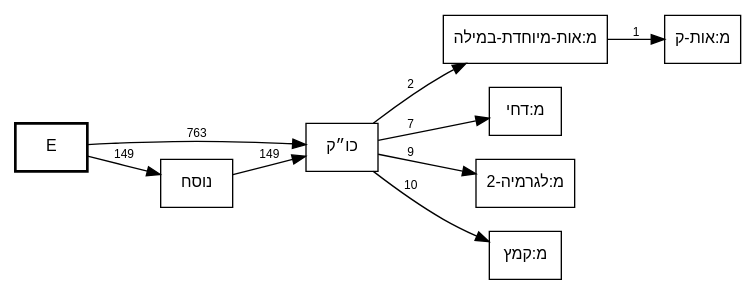
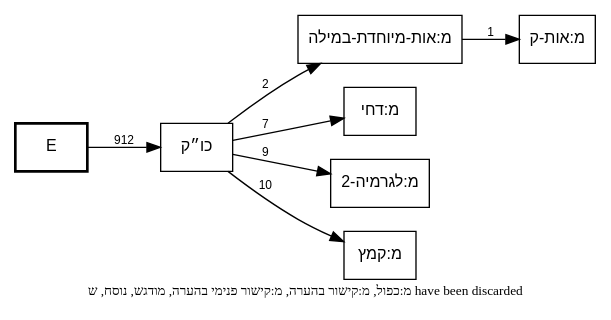
One commit to bdenckla/MAM-basics changed the diagram in out/MAM-tmpl-survey/plus-kuk-call-graph.dot. Above: the diagram before and after it, drawn with Graphviz. The commit also changed 6 other files, not shown here.

First line of the commit message:
Refine focused template survey graphs: target-scoped counts + discard policy

```diff
--- a/out/MAM-tmpl-survey/plus-kuk-call-graph.dot
+++ b/out/MAM-tmpl-survey/plus-kuk-call-graph.dot
@@ -1,25 +1,26 @@
 // This file was generated by MAM-basics/py/main_tmpl_survey.py.
 // Do not edit by hand.
 digraph template_call_graph {
     rankdir=LR;
     node [fontname="SBL Hebrew,Helvetica", fontsize=12];
     edge [fontname="Helvetica", fontsize=9];
     graph [comment="This file was generated by MAM-basics/py/main_tmpl_survey.py."];
 
     // Column nodes
     node [shape=box, style=bold];
     "E";
 
     // Template nodes
     node [shape=box, style=""];
 
+    // Note
+    graph [label="מ:כפול, מ:קישור בהערה, מ:קישור פנימי בהערה, מודגש, נוסח, ש have been discarded", labelloc=b, fontsize=10];
+
     // Edges
-    "E" -> "כו״ק" [label="763"];
-    "E" -> "נוסח" [label="149"];
+    "E" -> "כו״ק" [label="912"];
     "כו״ק" -> "מ:אות-מיוחדת-במילה" [label="2"];
     "כו״ק" -> "מ:דחי" [label="7"];
     "כו״ק" -> "מ:לגרמיה-2" [label="9"];
     "כו״ק" -> "מ:קמץ" [label="10"];
     "מ:אות-מיוחדת-במילה" -> "מ:אות-ק" [label="1"];
-    "נוסח" -> "כו״ק" [label="149"];
 }
```
